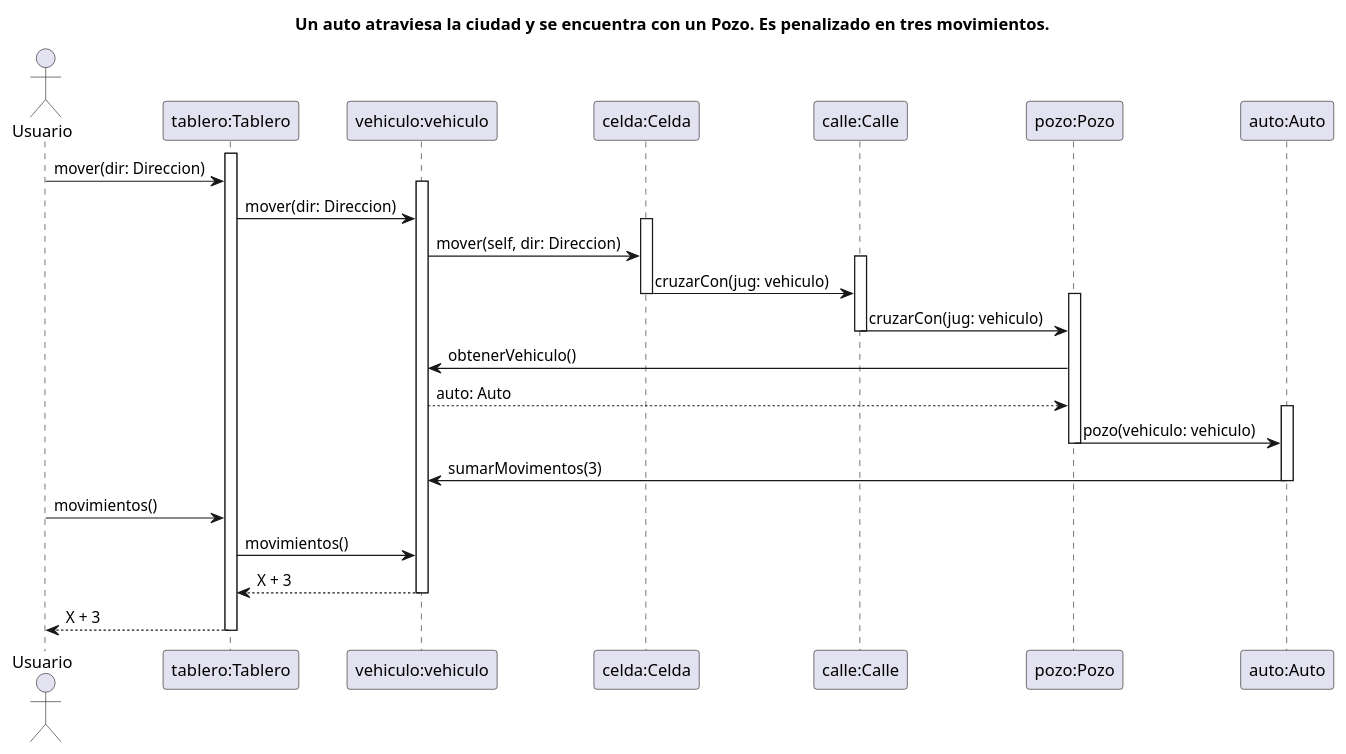
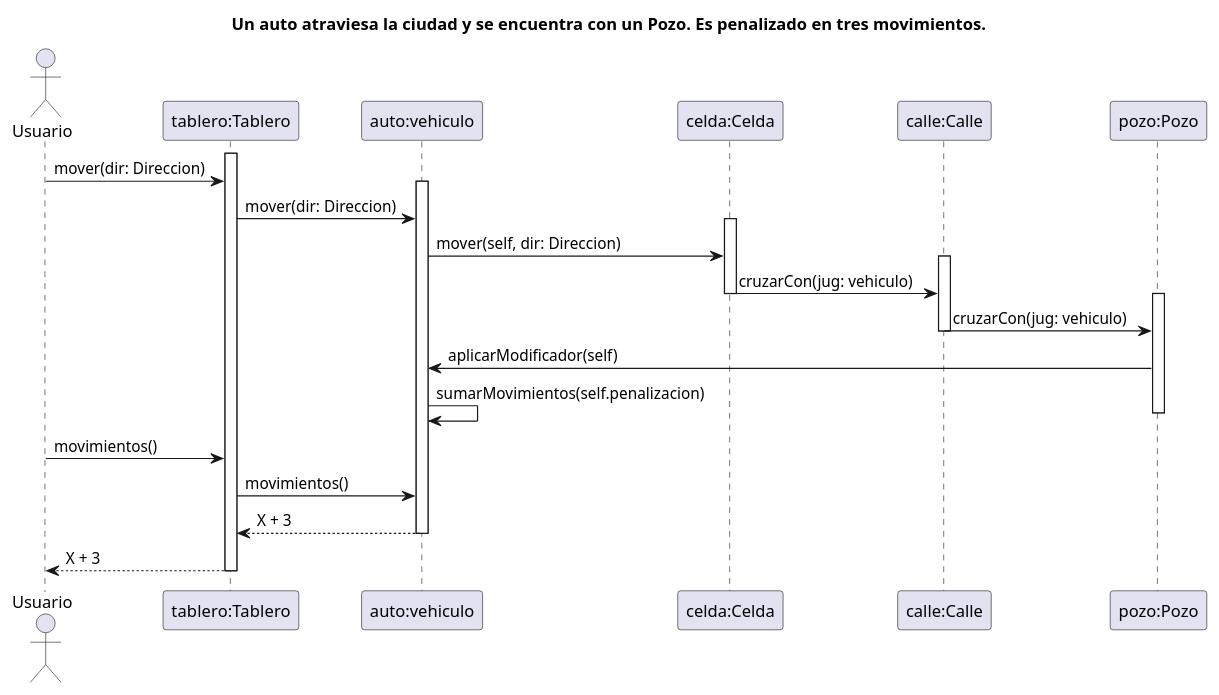
The diagram in diagrams/sequences/SecuenciaAutoCruzaUnPozoYEsPenalizado/SecuenciaAutoCruzaUnPozoYEsPenalizado.puml (emtello/algo3_tp2_1C2022), drawn with PlantUML before and after one commit. The commit also changed 23 other files, not shown here.

Commit message:
Actualización de todos los diagramas de secuencia

```diff
--- a/diagrams/sequences/SecuenciaAutoCruzaUnPozoYEsPenalizado/SecuenciaAutoCruzaUnPozoYEsPenalizado.puml
+++ b/diagrams/sequences/SecuenciaAutoCruzaUnPozoYEsPenalizado/SecuenciaAutoCruzaUnPozoYEsPenalizado.puml
@@ -1,68 +1,60 @@
 @startuml SecuenciaAutoCruzaUnPozoYEsPenalizado
 ' Caso de uso 
 ' Un auto atraviesa la ciudad y se encuentra con un Pozo. Es penalizado en tres movimientos.
 
 title Un auto atraviesa la ciudad y se encuentra con un Pozo. Es penalizado en tres movimientos.
 
 Actor Usuario as user
 participant "tablero:Tablero" as tablero
-participant "vehiculo:vehiculo" as vehiculo
+participant "auto:vehiculo" as vehiculo
 participant "celda:Celda" as celda
 participant "calle:Calle" as calle
 participant "pozo:Pozo" as pozo
-participant "auto:Auto" as auto
 
 ' participant "Direccion" as direccion
 ' participant "Modificador" as modificador
 
 activate tablero
 
 
 user -> tablero: mover(dir: Direccion)
 
 activate vehiculo
 
 tablero -> vehiculo: mover(dir: Direccion)
 
 activate celda
 
 vehiculo -> celda: mover(self, dir: Direccion)
 
 activate calle
 
 celda -> calle: cruzarCon(jug: vehiculo)
 
 deactivate celda
 activate pozo
 
 calle -> pozo: cruzarCon(jug: vehiculo)
 
 deactivate calle
 
-pozo -> vehiculo: obtenerVehiculo()
+pozo -> vehiculo: aplicarModificador(self)
 
-vehiculo --> pozo: auto: Auto
-
-activate auto
-
-pozo -> auto: pozo(vehiculo: vehiculo)
+vehiculo -> vehiculo: sumarMovimientos(self.penalizacion)
 
 deactivate pozo
 
-auto -> vehiculo: sumarMovimentos(3)
-
-deactivate auto
 deactivate calle
 deactivate celda
 
 user -> tablero: movimientos()
 tablero -> vehiculo: movimientos()
 vehiculo --> tablero: X + 3
 
 deactivate vehiculo
 
 tablero --> user: X + 3
 
 deactivate tablero
 
 @enduml
```
